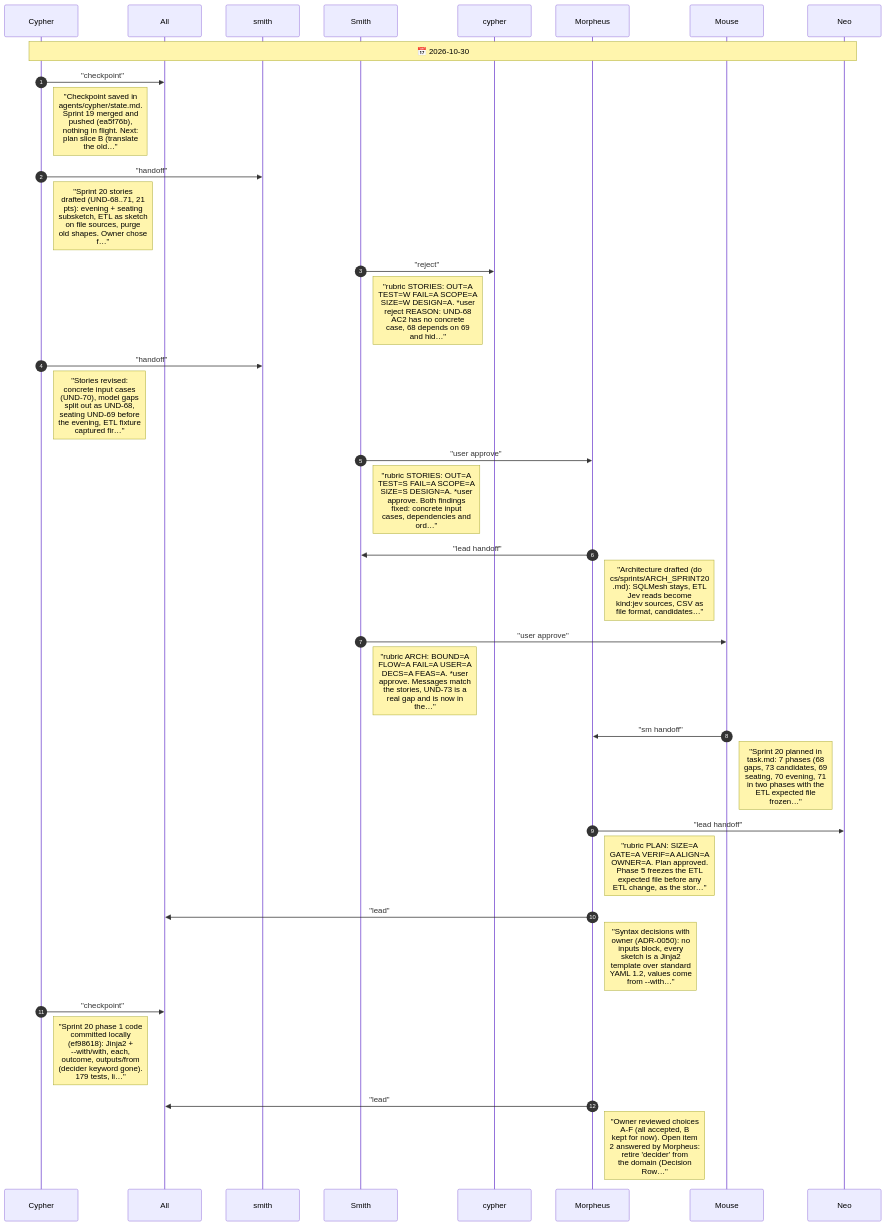
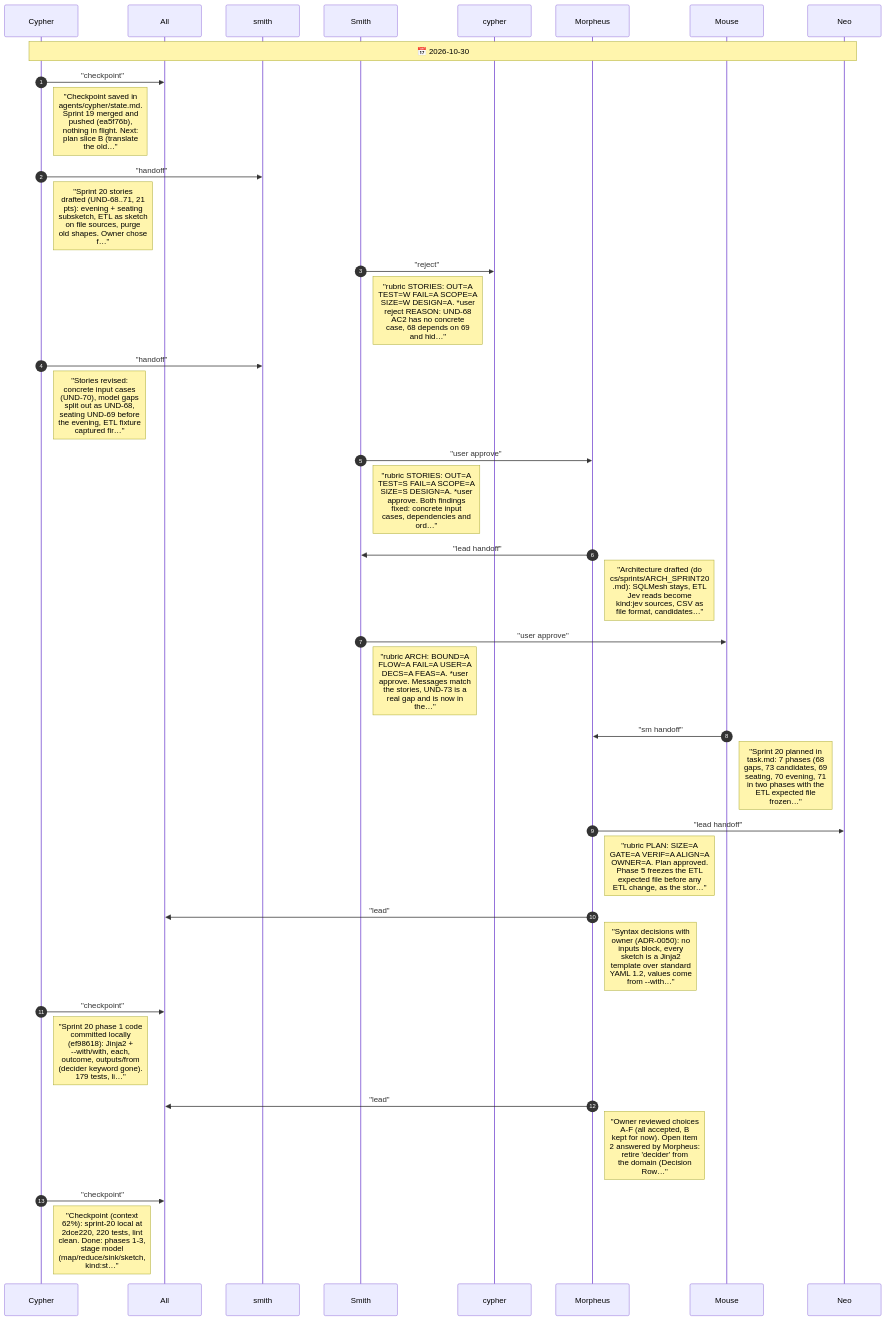
One commit to drusifer/understudy changed the diagram in agents/CHAT.diagram.md. Above: the diagram before and after it, drawn with Mermaid. The commit also changed 2 other files, not shown here.

Commit message:
Sprint 20: Cypher checkpoint

````diff
--- a/agents/CHAT.diagram.md
+++ b/agents/CHAT.diagram.md
@@ -5,38 +5,40 @@
 ```mermaid
 %%{init: {"sequence": {"messageFontSize": 14, "noteFontSize": 18, "actorFontSize": 14}}}%%
 sequenceDiagram
     autonumber
     participant Cypher
     participant All
     participant smith
     participant Smith
     participant cypher
     participant Morpheus
     participant Mouse
     participant Neo
     Note over Cypher,Neo: 📅 2026-10-30
     Cypher->>All: "checkpoint"
     Note right of Cypher: "Checkpoint saved in<br/>agents/cypher/state.md.<br/>Sprint 19 merged and<br/>pushed (ea5f76b),<br/>nothing in flight. Next:<br/>plan slice B (translate<br/>the old…"
     Cypher->>smith: "handoff"
     Note right of Cypher: "Sprint 20 stories<br/>drafted (UND-68..71, 21<br/>pts): evening + seating<br/>subsketch, ETL as sketch<br/>on file sources, purge<br/>old shapes. Owner chose<br/>f…"
     Smith->>cypher: "reject"
     Note right of Smith: "rubric STORIES: OUT=A<br/>TEST=W FAIL=A SCOPE=A<br/>SIZE=W DESIGN=A. *user<br/>reject REASON: UND-68<br/>AC2 has no concrete<br/>case, 68 depends on 69<br/>and hid…"
     Cypher->>smith: "handoff"
     Note right of Cypher: "Stories revised:<br/>concrete input cases<br/>(UND-70), model gaps<br/>split out as UND-68,<br/>seating UND-69 before<br/>the evening, ETL fixture<br/>captured fir…"
     Smith->>Morpheus: "user approve"
     Note right of Smith: "rubric STORIES: OUT=A<br/>TEST=S FAIL=A SCOPE=A<br/>SIZE=S DESIGN=A. *user<br/>approve. Both findings<br/>fixed: concrete input<br/>cases, dependencies and<br/>ord…"
     Morpheus->>Smith: "lead handoff"
     Note right of Morpheus: "Architecture drafted (do<br/>cs/sprints/ARCH_SPRINT20<br/>.md): SQLMesh stays, ETL<br/>Jev reads become<br/>kind:jev sources, CSV as<br/>file format, candidates…"
     Smith->>Mouse: "user approve"
     Note right of Smith: "rubric ARCH: BOUND=A<br/>FLOW=A FAIL=A USER=A<br/>DECS=A FEAS=A. *user<br/>approve. Messages match<br/>the stories, UND-73 is a<br/>real gap and is now in<br/>the…"
     Mouse->>Morpheus: "sm handoff"
     Note right of Mouse: "Sprint 20 planned in<br/>task.md: 7 phases (68<br/>gaps, 73 candidates, 69<br/>seating, 70 evening, 71<br/>in two phases with the<br/>ETL expected file<br/>frozen…"
     Morpheus->>Neo: "lead handoff"
     Note right of Morpheus: "rubric PLAN: SIZE=A<br/>GATE=A VERIF=A ALIGN=A<br/>OWNER=A. Plan approved.<br/>Phase 5 freezes the ETL<br/>expected file before any<br/>ETL change, as the stor…"
     Morpheus->>All: "lead"
     Note right of Morpheus: "Syntax decisions with<br/>owner (ADR-0050): no<br/>inputs block, every<br/>sketch is a Jinja2<br/>template over standard<br/>YAML 1.2, values come<br/>from --with…"
     Cypher->>All: "checkpoint"
     Note right of Cypher: "Sprint 20 phase 1 code<br/>committed locally<br/>(ef98618): Jinja2 +<br/>--with/with, each,<br/>outcome, outputs/from<br/>(decider keyword gone).<br/>179 tests, li…"
     Morpheus->>All: "lead"
     Note right of Morpheus: "Owner reviewed choices<br/>A-F (all accepted, B<br/>kept for now). Open item<br/>2 answered by Morpheus:<br/>retire 'decider' from<br/>the domain (Decision<br/>Row…"
+    Cypher->>All: "checkpoint"
+    Note right of Cypher: "Checkpoint (context<br/>62%): sprint-20 local at<br/>2dce220, 220 tests, lint<br/>clean. Done: phases 1-3,<br/>stage model<br/>(map/reduce/sink/sketch,<br/>kind:st…"
 ```
````
